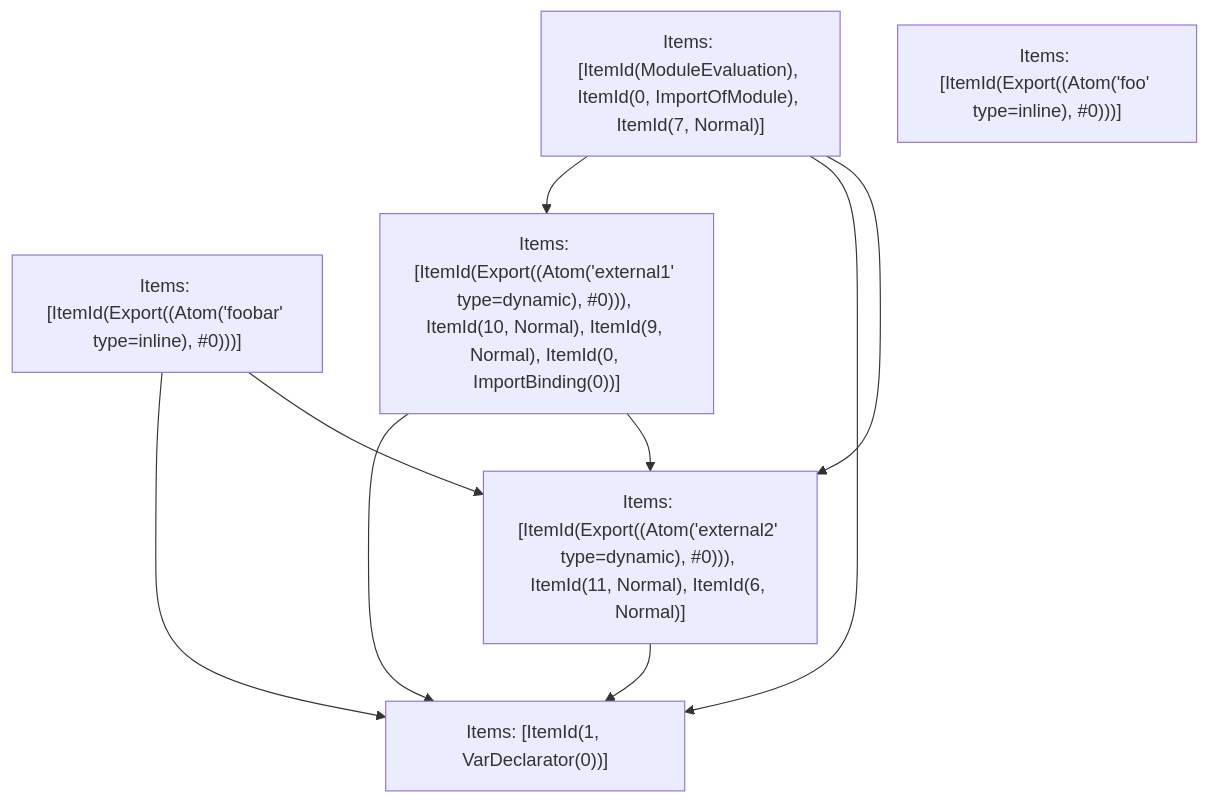
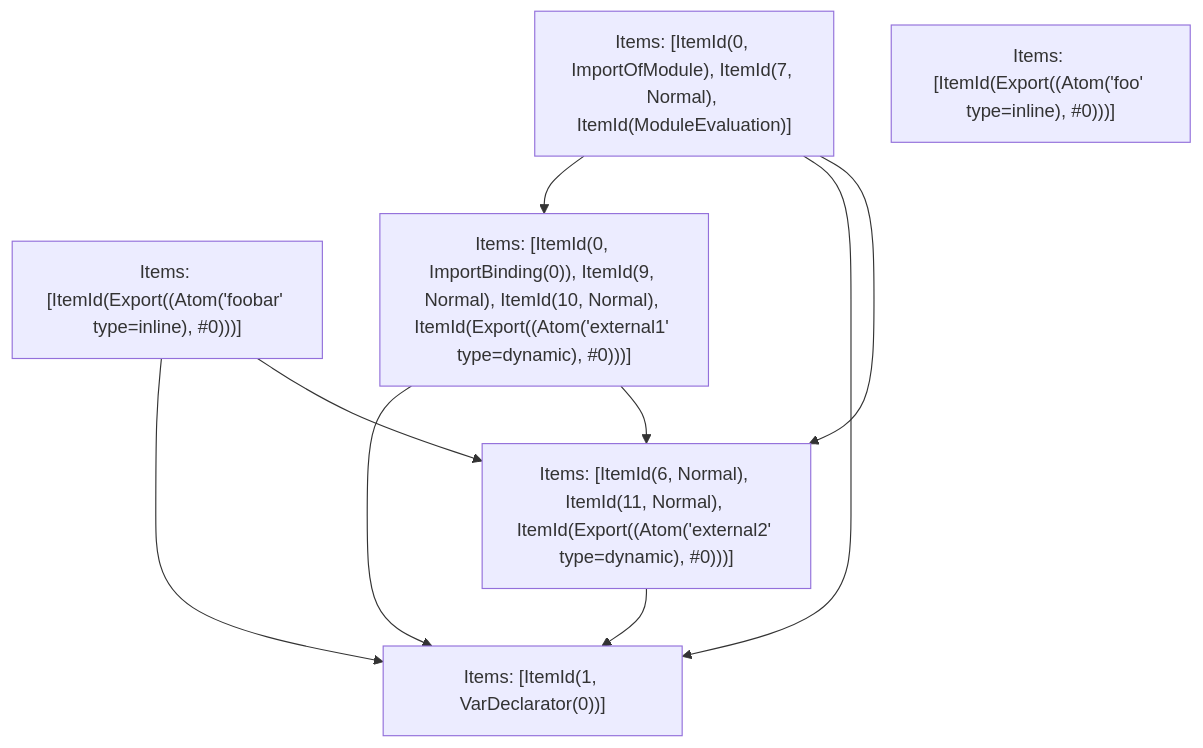
One commit to vercel/turborepo changed the fifth of 5 diagrams in crates/turbopack-ecmascript/tests/tree-shaker/analyzer/1/output.md. Above: the diagram before and after it, drawn with Mermaid. The commit also changed other lines of this file and 3 other files, not shown here.

````diff
--- a/crates/turbopack-ecmascript/tests/tree-shaker/analyzer/1/output.md
+++ b/crates/turbopack-ecmascript/tests/tree-shaker/analyzer/1/output.md
@@ -341,17 +341,17 @@
 ```mermaid
 graph TD
-    N0["Items: [ItemId(ModuleEvaluation), ItemId(0, ImportOfModule), ItemId(7, Normal)]"];
+    N0["Items: [ItemId(0, ImportOfModule), ItemId(7, Normal), ItemId(ModuleEvaluation)]"];
     N1["Items: [ItemId(Export((Atom('foobar' type=inline), #0)))]"];
     N2["Items: [ItemId(Export((Atom('foo' type=inline), #0)))]"];
-    N3["Items: [ItemId(Export((Atom('external1' type=dynamic), #0))), ItemId(10, Normal), ItemId(9, Normal), ItemId(0, ImportBinding(0))]"];
-    N4["Items: [ItemId(Export((Atom('external2' type=dynamic), #0))), ItemId(11, Normal), ItemId(6, Normal)]"];
+    N3["Items: [ItemId(0, ImportBinding(0)), ItemId(9, Normal), ItemId(10, Normal), ItemId(Export((Atom('external1' type=dynamic), #0)))]"];
+    N4["Items: [ItemId(6, Normal), ItemId(11, Normal), ItemId(Export((Atom('external2' type=dynamic), #0)))]"];
     N5["Items: [ItemId(1, VarDeclarator(0))]"];
     N0 --> N3;
     N0 --> N5;
     N0 --> N4;
     N1 --> N5;
     N1 --> N4;
     N3 --> N5;
     N3 --> N4;
     N4 --> N5;
 ```
````
